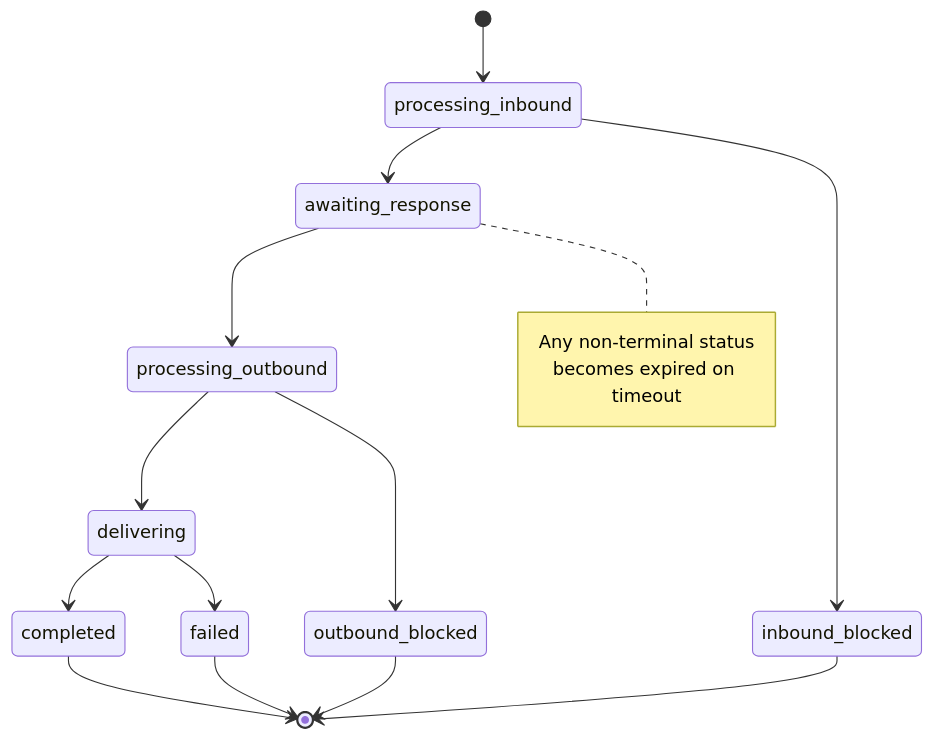
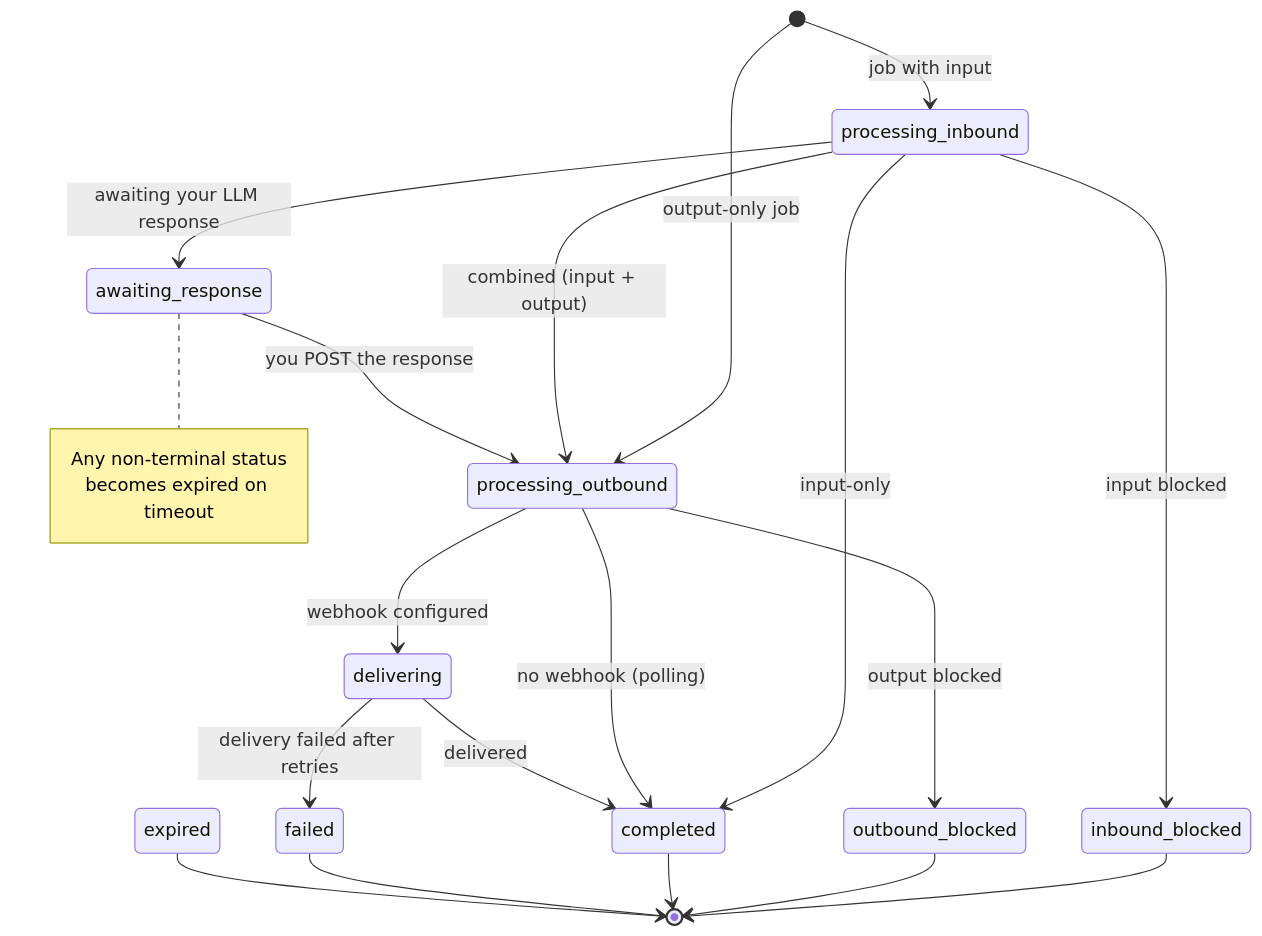
Before and after one commit to kir-d/llm-firewall: the diagram in docs/async-jobs/job-lifecycle.md, drawn with Mermaid. The commit also changed 3 other files, not shown here.

First line of the commit message:
docs: correct mermaid diagram accuracy

````diff
--- a/docs/async-jobs/job-lifecycle.md
+++ b/docs/async-jobs/job-lifecycle.md
@@ -15,19 +15,24 @@
 ```mermaid
 stateDiagram-v2
-    [*] --> processing_inbound
-    processing_inbound --> awaiting_response
-    processing_inbound --> inbound_blocked
-    awaiting_response --> processing_outbound
-    processing_outbound --> delivering
-    processing_outbound --> outbound_blocked
-    delivering --> completed
-    delivering --> failed
+    [*] --> processing_inbound: job with input
+    [*] --> processing_outbound: output-only job
+    processing_inbound --> inbound_blocked: input blocked
+    processing_inbound --> completed: input-only
+    processing_inbound --> processing_outbound: combined (input + output)
+    processing_inbound --> awaiting_response: awaiting your LLM response
+    awaiting_response --> processing_outbound: you POST the response
+    processing_outbound --> outbound_blocked: output blocked
+    processing_outbound --> delivering: webhook configured
+    processing_outbound --> completed: no webhook (polling)
+    delivering --> completed: delivered
+    delivering --> failed: delivery failed after retries
     inbound_blocked --> [*]
     outbound_blocked --> [*]
     completed --> [*]
     failed --> [*]
+    expired --> [*]
     note right of awaiting_response
         Any non-terminal status
         becomes expired on timeout
     end note
 ```
````
